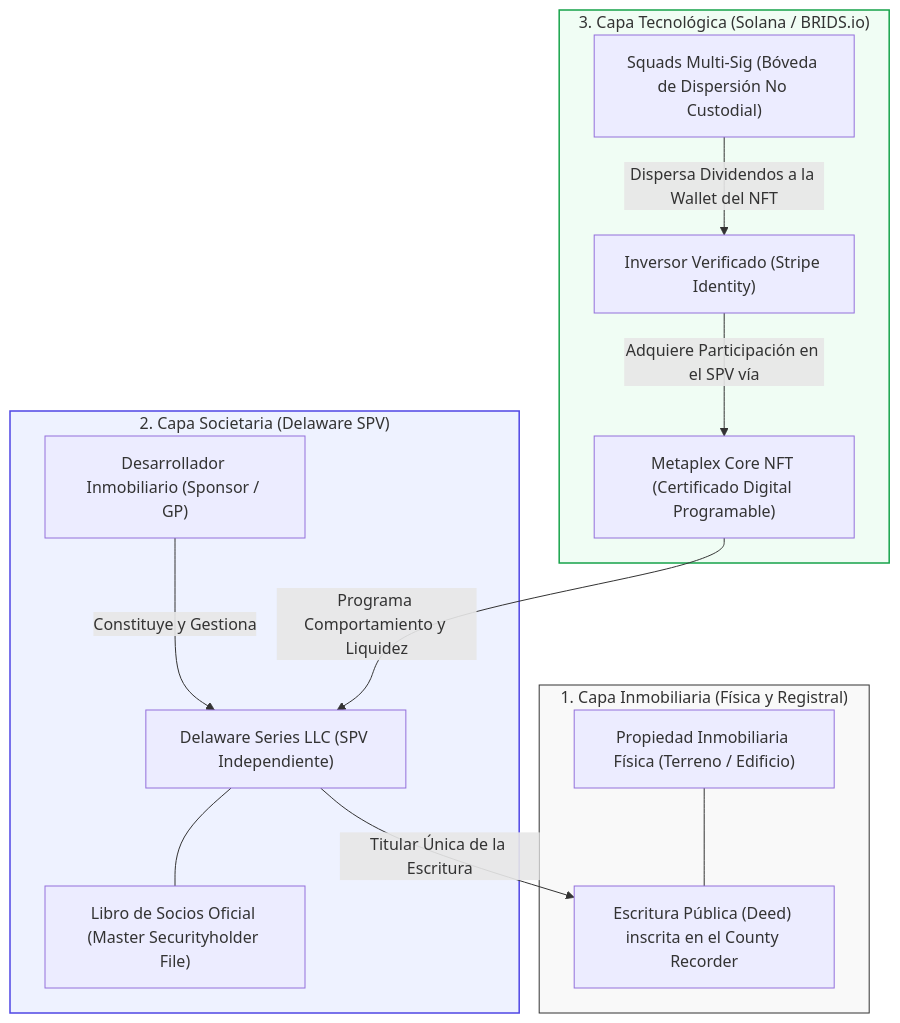
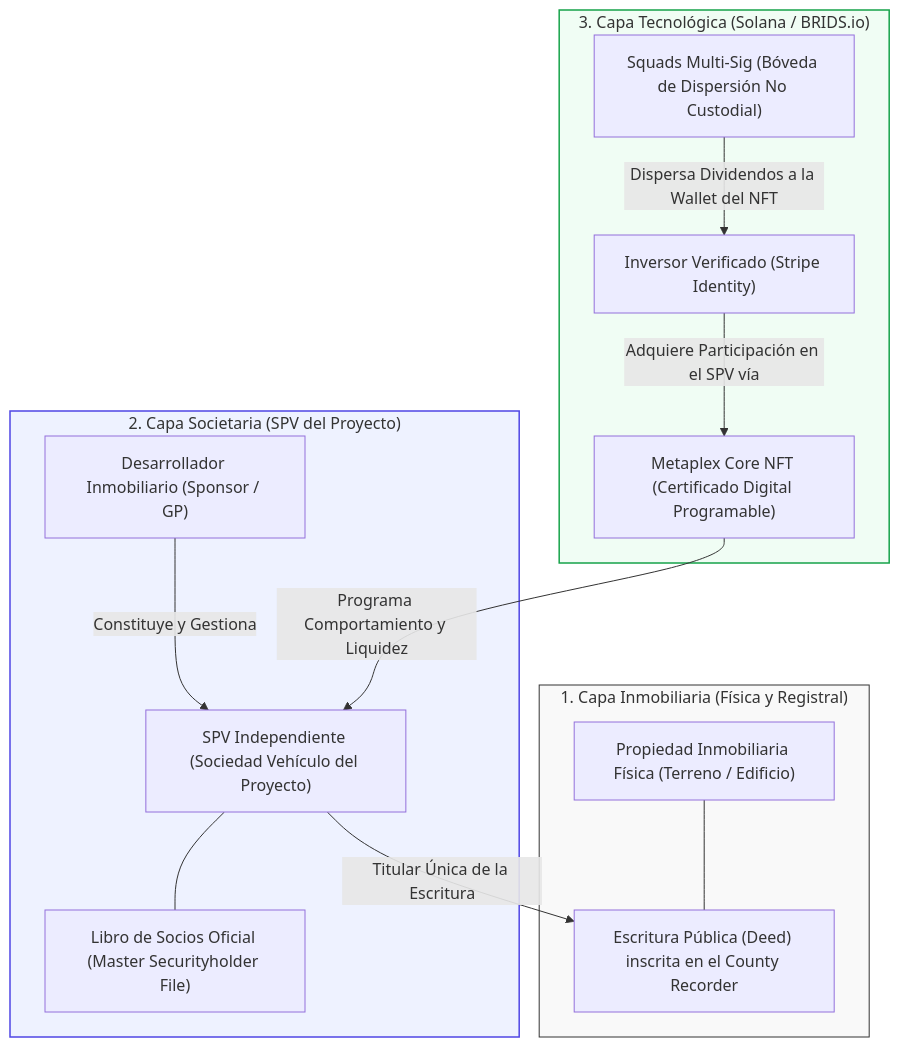
The first of 2 diagrams in BRIDS-Brain/01 Negocio/01 Estrategia & Modelo/Business Concepts/concept-wallet-recovery-protocol.md (jeisonsosablockdev/BRIDS-KNOWLEDGE-FORT), drawn with Mermaid before and after one commit. The commit also changed other lines of this file, not shown here.

First line of the commit message:
refactor(compliance): generalize SPV jurisdiction in C2 recovery protocol

````diff
--- a/BRIDS-Brain/01 Negocio/01 Estrategia & Modelo/Business Concepts/concept-wallet-recovery-protocol.md
+++ b/BRIDS-Brain/01 Negocio/01 Estrategia & Modelo/Business Concepts/concept-wallet-recovery-protocol.md
@@ -54,30 +54,30 @@
 ```mermaid
 graph TD
     subgraph Capa_Inmobiliaria["1. Capa Inmobiliaria (Física y Registral)"]
         Inmueble["Propiedad Inmobiliaria Física (Terreno / Edificio)"]
         Deed["Escritura Pública (Deed) inscrita en el County Recorder"]
         Inmueble --- Deed
     end
 
-    subgraph Capa_Societaria["2. Capa Societaria (Delaware SPV)"]
+    subgraph Capa_Societaria["2. Capa Societaria (SPV del Proyecto)"]
         GP["Desarrollador Inmobiliario (Sponsor / GP)"]
-        SPV["Delaware Series LLC (SPV Independiente)"]
+        SPV["SPV Independiente (Sociedad Vehículo del Proyecto)"]
         CapTable["Libro de Socios Oficial (Master Securityholder File)"]
         GP -->|Constituye y Gestiona| SPV
         SPV -->|Titular Única de la Escritura| Deed
         SPV --- CapTable
     end
 
     subgraph Capa_Tecnologica["3. Capa Tecnológica (Solana / BRIDS.io)"]
         User["Inversor Verificado (Stripe Identity)"]
         NFT["Metaplex Core NFT (Certificado Digital Programable)"]
         Squads["Squads Multi-Sig (Bóveda de Dispersión No Custodial)"]
         User -->|Adquiere Participación en el SPV vía| NFT
         NFT -->|Programa Comportamiento y Liquidez| SPV
         Squads -->|Dispersa Dividendos a la Wallet del NFT| User
     end
 
     style Capa_Inmobiliaria fill:#f9f9f9,stroke:#333,stroke-width:1px
     style Capa_Societaria fill:#eef2ff,stroke:#4f46e5,stroke-width:1.5px
     style Capa_Tecnologica fill:#f0fdf4,stroke:#16a34a,stroke-width:1.5px
 ```
````
